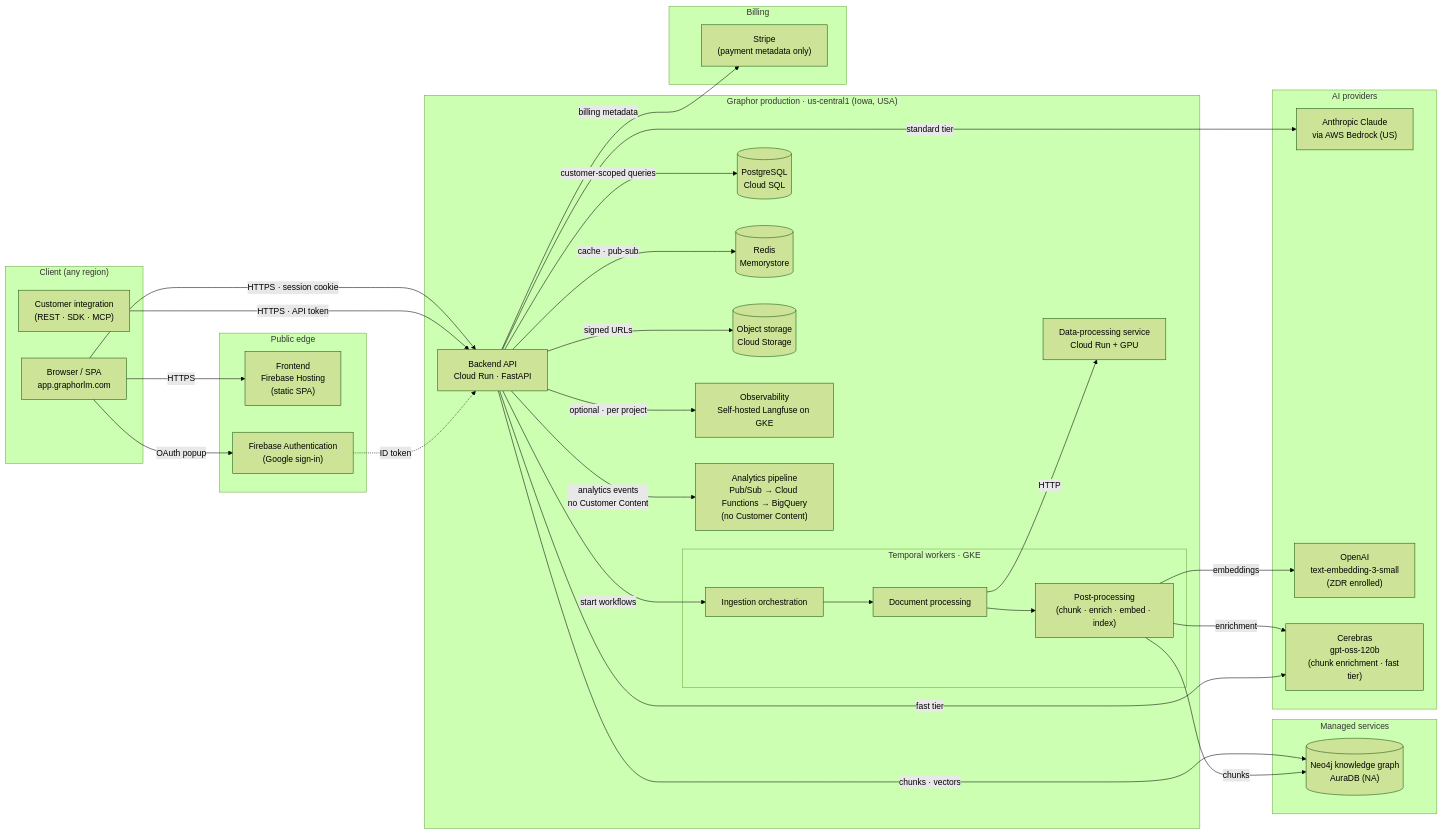
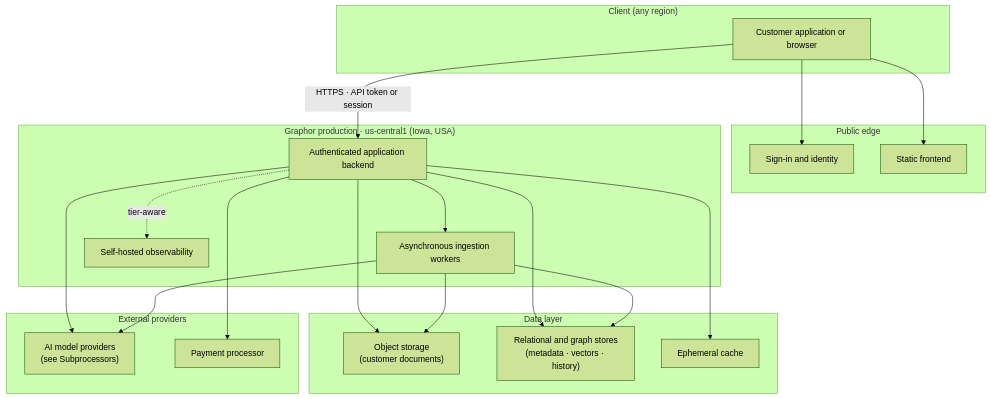
Before and after one commit to lucasfneves14/graphorlm-docs: the first of 3 diagrams in trust/architecture.mdx, drawn with Mermaid (forest theme). The commit also changed other lines of this file and 12 other files, not shown here.

````diff
--- a/trust/architecture.mdx
+++ b/trust/architecture.mdx
@@ -16,63 +18,42 @@
 ```mermaid
-flowchart LR
+flowchart TB
     subgraph Client["Client (any region)"]
-        BROWSER["Browser / SPA<br/>app.graphorlm.com"]
-        SDK["Customer integration<br/>(REST · SDK · MCP)"]
+        APP["Customer application or browser"]
     end
 
     subgraph Edge["Public edge"]
-        FE["Frontend<br/>Firebase Hosting<br/>(static SPA)"]
-        FBAUTH["Firebase Authentication<br/>(Google sign-in)"]
+        SIGNIN["Sign-in and identity"]
+        STATIC["Static frontend"]
     end
 
-    subgraph GraphorProd["Graphor production · us-central1 (Iowa, USA)"]
-        API["Backend API<br/>Cloud Run · FastAPI"]
-        subgraph Workers["Temporal workers · GKE"]
-          W_ORC["Ingestion orchestration"]
-          W_PROC["Document processing"]
-          W_POST["Post-processing<br/>(chunk · enrich · embed · index)"]
-        end
-        DP["Data-processing service<br/>Cloud Run + GPU"]
-        PG[("PostgreSQL<br/>Cloud SQL")]
-        REDIS[("Redis<br/>Memorystore")]
-        GCS[("Object storage<br/>Cloud Storage")]
-        OBS["Observability<br/>Self-hosted Langfuse on GKE"]
-        ANALYTICS["Analytics pipeline<br/>Pub/Sub → Cloud Functions → BigQuery<br/>(no Customer Content)"]
+    subgraph App["Graphor production · us-central1 (Iowa, USA)"]
+        API["Authenticated application backend"]
+        WORKERS["Asynchronous ingestion workers"]
+        OBS["Self-hosted observability"]
     end
 
-    subgraph Managed["Managed services"]
-        NEO[("Neo4j knowledge graph<br/>AuraDB (NA)")]
+    subgraph Data["Data layer"]
+        STORE["Object storage<br/>(customer documents)"]
+        DB["Relational and graph stores<br/>(metadata · vectors · history)"]
+        CACHE["Ephemeral cache"]
     end
 
-    subgraph AI["AI providers"]
-        BEDROCK["Anthropic Claude<br/>via AWS Bedrock (US)"]
-        OPENAI["OpenAI<br/>text-embedding-3-small<br/>(ZDR enrolled)"]
-        CEREBRAS["Cerebras<br/>gpt-oss-120b<br/>(chunk enrichment · fast tier)"]
+    subgraph External["External providers"]
+        AI["AI model providers<br/>(see Subprocessors)"]
+        PAY["Payment processor"]
     end
 
-    subgraph Billing["Billing"]
-        STRIPE["Stripe<br/>(payment metadata only)"]
-    end
-
-    BROWSER -->|HTTPS| FE
-    BROWSER -->|HTTPS · session cookie| API
-    BROWSER -->|OAuth popup| FBAUTH
-    SDK -->|HTTPS · API token| API
-
-    API -->|customer-scoped queries| PG
-    API -->|chunks · vectors| NEO
-    API -->|cache · pub-sub| REDIS
-    API -->|signed URLs| GCS
-    API -->|start workflows| W_ORC
-    W_ORC --> W_PROC --> W_POST
-    W_PROC -->|HTTP| DP
-    W_POST -->|chunks| NEO
-    W_POST -->|enrichment| CEREBRAS
-    W_POST -->|embeddings| OPENAI
-    API -->|standard tier| BEDROCK
-    API -->|fast tier| CEREBRAS
-    API -->|optional · per project| OBS
-    API -->|analytics events<br/>no Customer Content| ANALYTICS
-    API -->|billing metadata| STRIPE
-    FBAUTH -. ID token .-> API
+    APP --> SIGNIN
+    APP --> STATIC
+    APP -->|HTTPS · API token or session| API
+    API --> WORKERS
+    API --> DB
+    API --> CACHE
+    API --> STORE
+    API --> AI
+    API --> PAY
+    API -. tier-aware .-> OBS
+    WORKERS --> AI
+    WORKERS --> STORE
+    WORKERS --> DB
 ```
````
